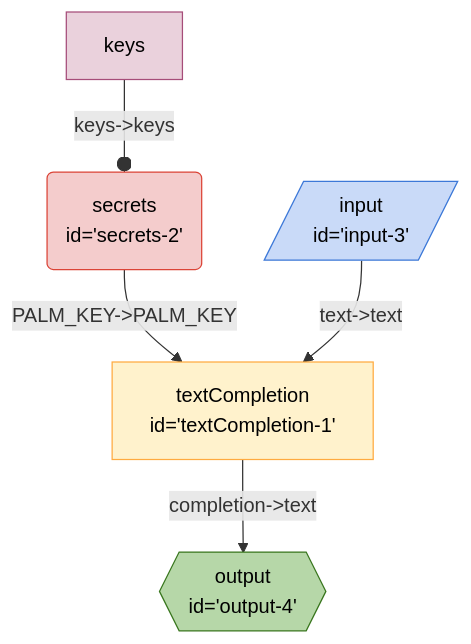
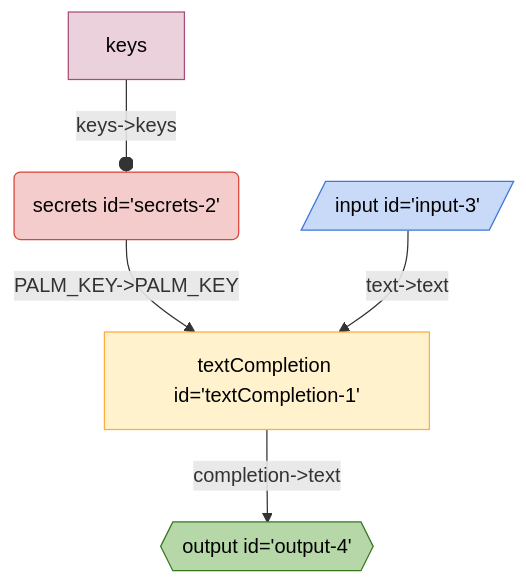
Before and after one commit to breadboard-ai/breadboard: the diagram in seeds/graph-playground/docs/graphs/simplest.md, drawn with Mermaid. The commit also changed 17 other files, not shown here.

Commit message:
nit: remove extranous line break in mermaid sources

````diff
--- a/seeds/graph-playground/docs/graphs/simplest.md
+++ b/seeds/graph-playground/docs/graphs/simplest.md
@@ -5,22 +5,16 @@
   ```mermaid
   %%{init: 'themeVariables': { 'fontFamily': 'Fira Code, monospace' }}%%
 graph TD;
-secrets2("secrets
-id='secrets-2'"):::secrets -- "PALM_KEY->PALM_KEY" --> textCompletion1["textCompletion
-id='textCompletion-1'"]
-textCompletion1["textCompletion
-id='textCompletion-1'"] -- "completion->text" --> output4{{"output
-id='output-4'"}}:::output
-input3[/"input
-id='input-3'"/]:::input -- "text->text" --> textCompletion1["textCompletion
-id='textCompletion-1'"]
+secrets2("secrets id='secrets-2'"):::secrets -- "PALM_KEY->PALM_KEY" --> textCompletion1["textCompletion id='textCompletion-1'"]
+textCompletion1["textCompletion id='textCompletion-1'"] -- "completion->text" --> output4{{"output id='output-4'"}}:::output
+input3[/"input id='input-3'"/]:::input -- "text->text" --> textCompletion1["textCompletion id='textCompletion-1'"]
 keyssecrets2[keys]:::config -- "keys->keys" --o secrets2
 classDef default stroke:#ffab40,fill:#fff2ccff,color:#000
 classDef input stroke:#3c78d8,fill:#c9daf8ff,color:#000
 classDef output stroke:#38761d,fill:#b6d7a8ff,color:#000
 classDef passthrough stroke:#a64d79,fill:#ead1dcff,color:#000
 classDef slot stroke:#a64d79,fill:#ead1dcff,color:#000
 classDef config stroke:#a64d79,fill:#ead1dcff,color:#000
 classDef secrets stroke:#db4437,fill:#f4cccc,color:#000
 classDef slotted stroke:#a64d79
   ```
````
